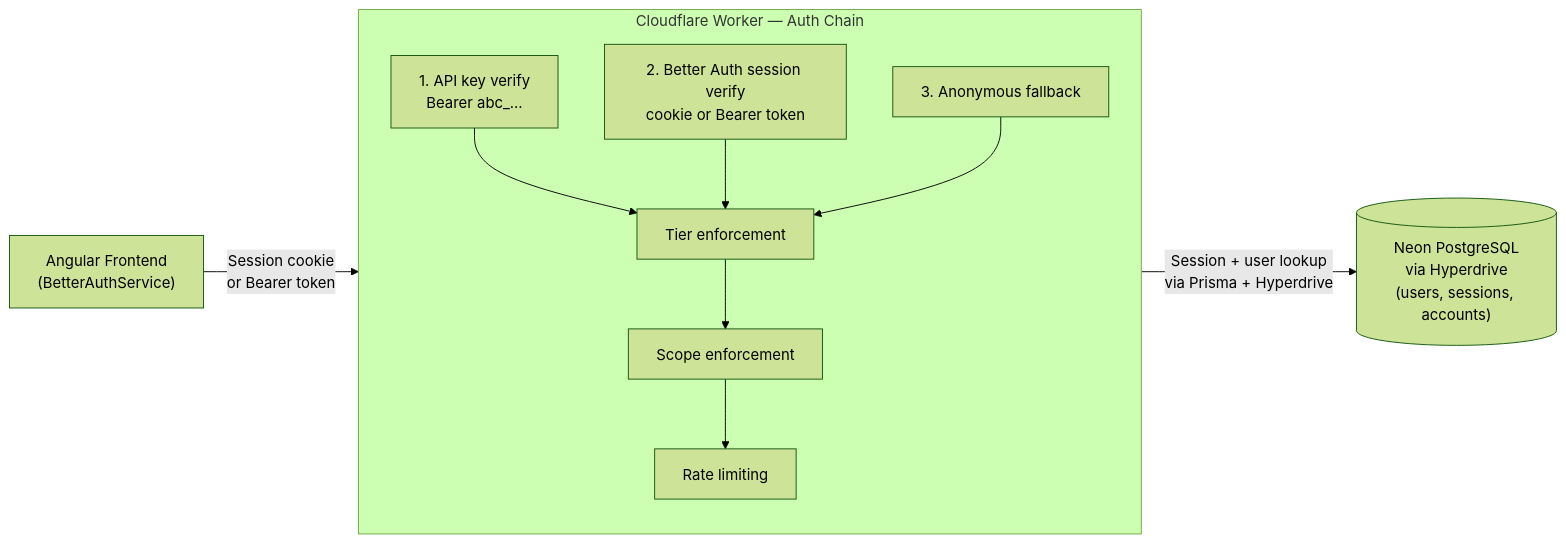
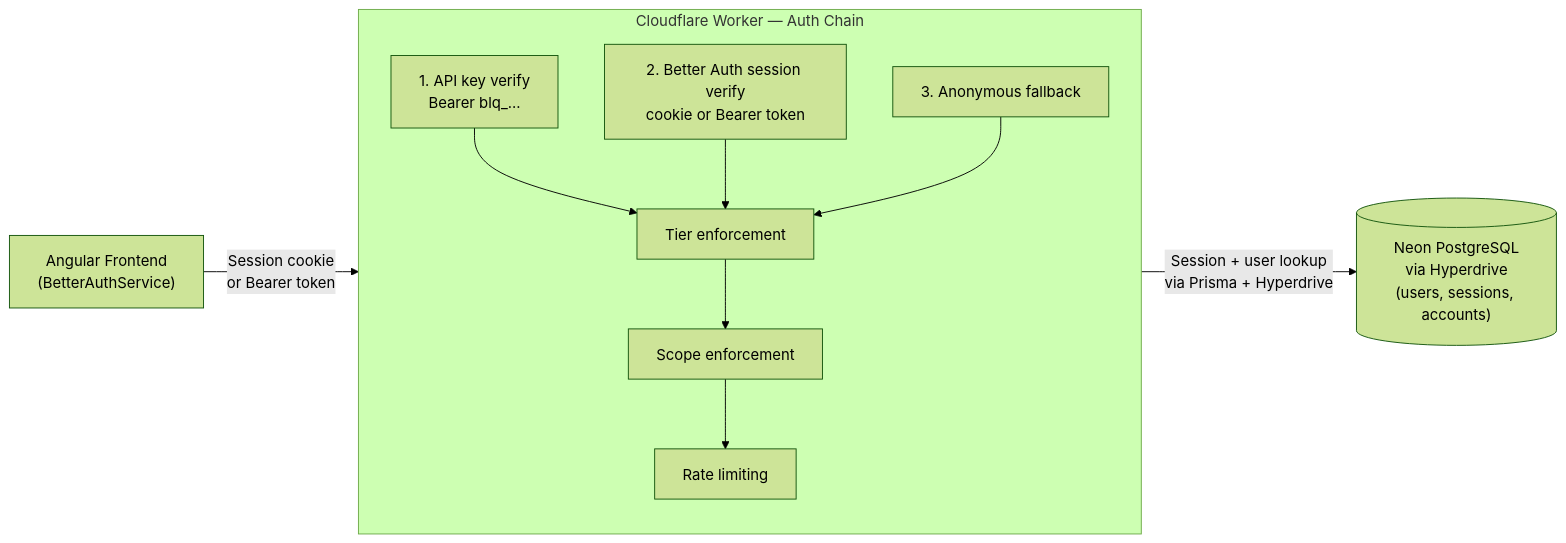
The diagram in docs/auth/README.md (jaypatrick/adblock-compiler), drawn with Mermaid (forest theme) before and after one commit. The commit also changed other lines of this file and 17 other files, not shown here.

First line of the commit message:
feat(api-keys): rename API key prefix `abc_` → `blq_` with dual-prefix backwards compatibility (#1704)

````diff
--- a/docs/auth/README.md
+++ b/docs/auth/README.md
@@ -36,24 +36,24 @@
 ```mermaid
 flowchart LR
     FE["Angular Frontend\n(BetterAuthService)"]
     W["Cloudflare Worker\n(Auth Middleware)"]
     PG[("Neon PostgreSQL\nvia Hyperdrive\n(users, sessions, accounts)")]
 
     FE -->|"Session cookie\nor Bearer token"| W
     W -->|"Session + user lookup\nvia Prisma + Hyperdrive"| PG
 
     subgraph W["Cloudflare Worker — Auth Chain"]
         direction TB
-        AK["1. API key verify\nBearer abc_..."]
+        AK["1. API key verify\nBearer blq_..."]
         BA["2. Better Auth session verify\ncookie or Bearer token"]
         AN["3. Anonymous fallback"]
         TE["Tier enforcement"]
         SE["Scope enforcement"]
         RL["Rate limiting"]
         AK --> TE
         BA --> TE
         AN --> TE
         TE --> SE
         SE --> RL
     end
 ```
````
